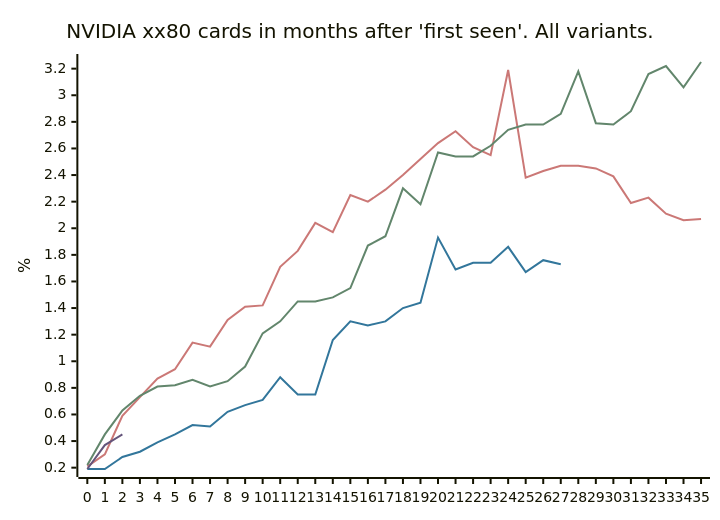
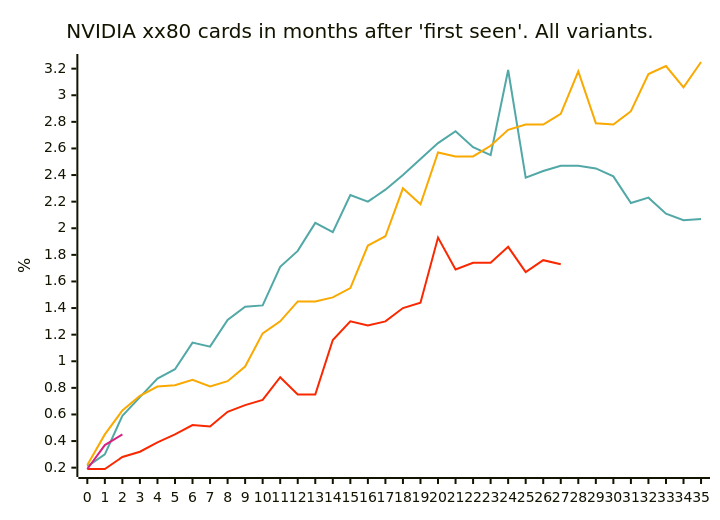
Before and after one commit to jdegene/birch-mapping: the third of 3 diagrams in README.md, drawn with Mermaid. The commit also changed other lines of this file, not shown here.

Commit message:
tried different palette

````diff
--- a/README.md
+++ b/README.md
@@ -21,18 +21,18 @@
 ```mermaid
 ---
 config:
     themeVariables:
         xyChart:
-            plotColorPalette: "#CB7876,#62866C,#32769B,#64557B,#F67B45"
+            plotColorPalette: "#51a8a6,#f9a900,#f92800,#d92080,#8a52a6"
 --- 
 
 
 xychart-beta
     title "NVIDIA xx80 cards in months after 'first seen'. All variants."
     x-axis[0, 1, 2, 3, 4, 5, 6, 7, 8, 9, 10, 11, 12, 13, 14, 15, 16, 17, 18, 19, 20, 21, 22, 23, 24, 25, 26, 27, 28, 29, 30, 31, 32, 33, 34, 35]
     y-axis "%" 
     line [0.21, 0.3, 0.59, 0.7299999999999999, 0.8699999999999999, 0.9400000000000001, 1.1400000000000001, 1.1099999999999999, 1.31, 1.41, 1.4200000000000002, 1.71, 1.83, 2.04, 1.97, 2.25, 2.1999999999999997, 2.29, 2.4, 2.52, 2.64, 2.73, 2.6100000000000003, 2.5500000000000003, 3.19, 2.3800000000000003, 2.43, 2.4699999999999998, 2.4699999999999998, 2.45, 2.3899999999999997, 2.19, 2.23, 2.11, 2.06, 2.07]
     line [0.22, 0.44999999999999996, 0.63, 0.74, 0.8099999999999999, 0.8200000000000001, 0.86, 0.8099999999999999, 0.8500000000000001, 0.96, 1.21, 1.3, 1.4500000000000002, 1.45, 1.48, 1.55, 1.87, 1.94, 2.3, 2.18, 2.5700000000000003, 2.54, 2.54, 2.62, 2.74, 2.78, 2.78, 2.86, 3.18, 2.79, 2.78, 2.88, 3.16, 3.2199999999999998, 3.06, 3.25]
     line [0.19, 0.19, 0.27999999999999997, 0.32, 0.38999999999999996, 0.44999999999999996, 0.52, 0.51, 0.62, 0.67, 0.7100000000000001, 0.88, 0.75, 0.75, 1.16, 1.3, 1.27, 1.3, 1.4000000000000001, 1.44, 1.9299999999999997, 1.69, 1.7399999999999998, 1.7399999999999998, 1.8599999999999999, 1.67, 1.7599999999999998, 1.73]
     line [0.19, 0.37, 0.44999999999999996]
 ``` 
````
